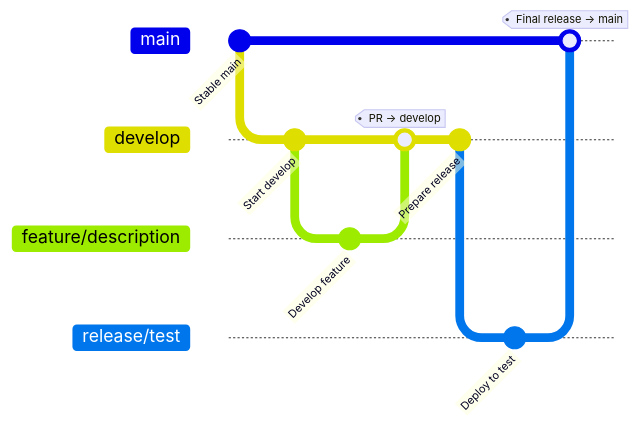
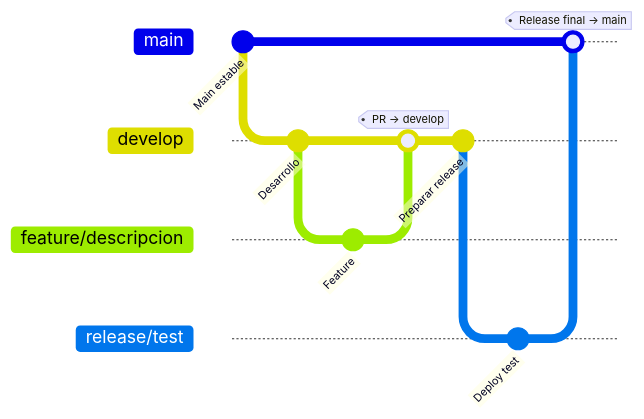
The third of 3 diagrams in README.md (domus-club/wiki), drawn with Mermaid before and after one commit. The commit also changed other lines of this file, not shown here.

````diff
--- a/README.md
+++ b/README.md
@@ -112,15 +115,15 @@
 ```mermaid
 gitGraph
-    commit id: "Stable main"
+    commit id:"Main estable"
     branch develop
-    commit id: "Start develop"
-    branch feature/description
-    commit id: "Develop feature"
+    commit id:"Desarrollo"
+    branch feature/descripcion
+    commit id:"Feature"
     checkout develop
-    merge feature/description tag: "PR → develop"
-    commit id: "Prepare release"
+    merge feature/descripcion tag:"PR → develop"
+    commit id:"Preparar release"
     branch release/test
-    commit id: "Deploy to test"
+    commit id:"Deploy test"
     checkout main
-    merge release/test tag: "Final release → main"
+    merge release/test tag:"Release final → main"
 ```
````
